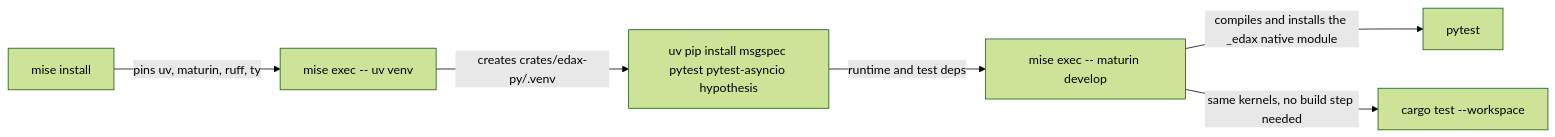
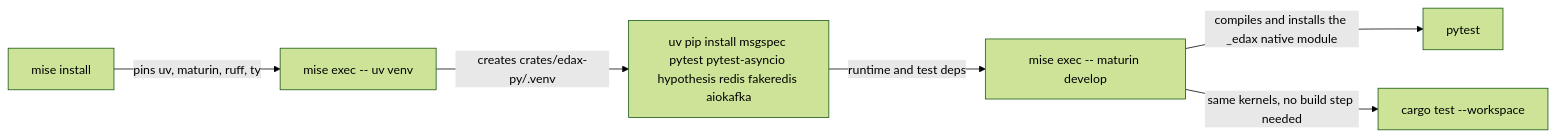
The first of 3 diagrams in docs/guides/getting-started.md (haskian/edax), drawn with Mermaid (forest theme) before and after one commit. The commit also changed other lines of this file and 234 other files, not shown here.

````diff
--- a/docs/guides/getting-started.md
+++ b/docs/guides/getting-started.md
@@ -11,8 +11,8 @@
 ```mermaid
 flowchart LR
     A["mise install"] -->|"pins uv, maturin, ruff, ty"| B["mise exec -- uv venv"]
-    B -->|"creates crates/edax-py/.venv"| C["uv pip install msgspec pytest pytest-asyncio hypothesis"]
+    B -->|"creates crates/edax-py/.venv"| C["uv pip install msgspec pytest pytest-asyncio hypothesis redis fakeredis aiokafka"]
     C -->|"runtime and test deps"| D["mise exec -- maturin develop"]
     D -->|"compiles and installs the _edax native module"| E["pytest"]
     D -->|"same kernels, no build step needed"| F["cargo test --workspace"]
 ```
````
